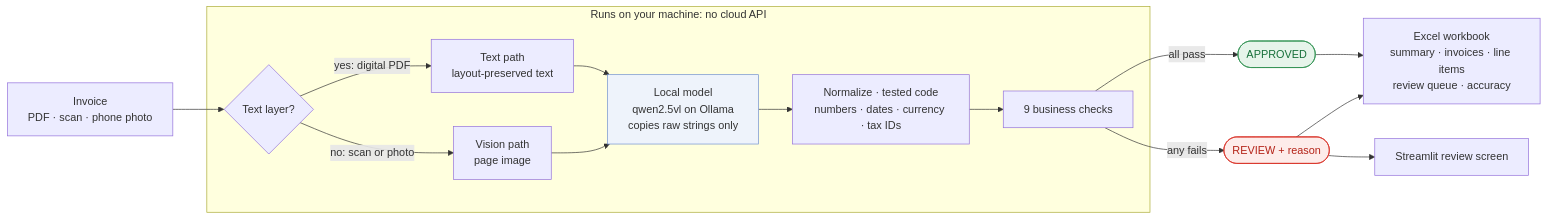
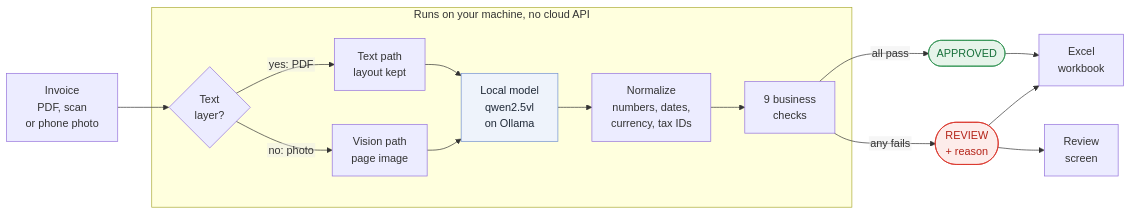
The first of 2 diagrams in README.md (SaidIbenariba/private-invoice-ai), drawn with Mermaid before and after one commit. The commit also changed other lines of this file, not shown here.

Commit message:
README diagrams: SVG labels and short lines so text isn't clipped in dark mode

````diff
--- a/README.md
+++ b/README.md
@@ -7,26 +7,40 @@
 ```mermaid
+%%{init: {"flowchart": {"htmlLabels": false, "padding": 14}}}%%
 flowchart LR
-    IN["Invoice<br/>PDF · scan · phone photo"] --> R{"Text layer?"}
+    IN["Invoice
+    PDF, scan
+    or phone photo"] --> R{"Text
+    layer?"}
 
-    subgraph LOCAL ["Runs on your machine: no cloud API"]
-        R -- "yes: digital PDF" --> T["Text path<br/>layout-preserved text"]
-        R -- "no: scan or photo" --> V["Vision path<br/>page image"]
-        T --> M["Local model<br/>qwen2.5vl on Ollama<br/>copies raw strings only"]
+    subgraph LOCAL ["Runs on your machine, no cloud API"]
+        R -- "yes: PDF" --> T["Text path
+        layout kept"]
+        R -- "no: photo" --> V["Vision path
+        page image"]
+        T --> M["Local model
+        qwen2.5vl
+        on Ollama"]
         V --> M
-        M --> N["Normalize · tested code<br/>numbers · dates · currency · tax IDs"]
-        N --> C["9 business checks"]
+        M --> N["Normalize
+        numbers, dates,
+        currency, tax IDs"]
+        N --> C["9 business
+        checks"]
     end
 
     C -- "all pass" --> A(["APPROVED"])
-    C -- "any fails" --> RV(["REVIEW + reason"])
-    A --> X["Excel workbook<br/>summary · invoices · line items<br/>review queue · accuracy"]
+    C -- "any fails" --> RV(["REVIEW
+    + reason"])
+    A --> X["Excel
+    workbook"]
     RV --> X
-    RV --> S["Streamlit review screen"]
+    RV --> S["Review
+    screen"]
 
     classDef ok fill:#e6f4ea,stroke:#2e9150,color:#17703a
     classDef bad fill:#fdecea,stroke:#d93025,color:#b42318
-    classDef model fill:#eef3fb,stroke:#6f8fcf
+    classDef model fill:#eef3fb,stroke:#6f8fcf,color:#1f2937
     class A ok
     class RV bad
     class M model
 ```
````
